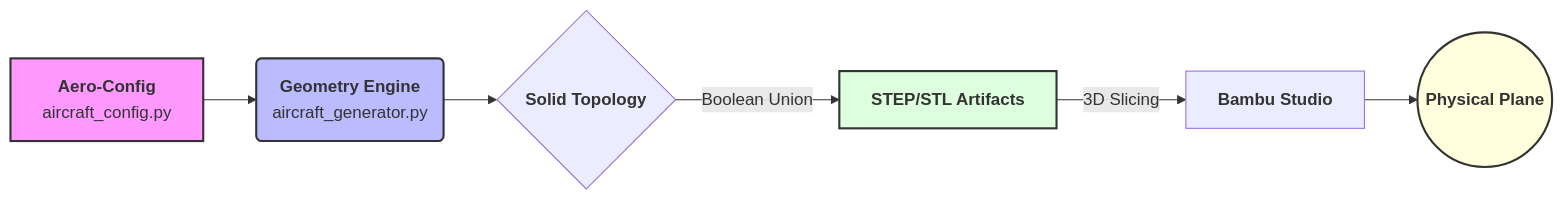
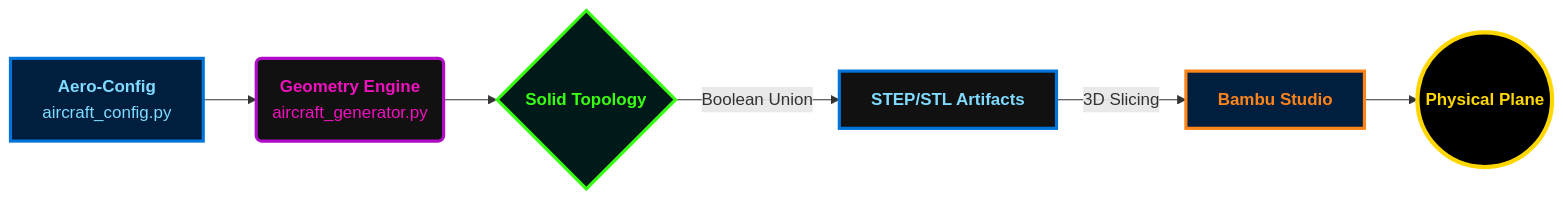
The diagram in README.md (George3215/3D_Print_Plane_Auto_Design), drawn with Mermaid before and after one commit.

Commit message:
style: revamp design pipeline with sci-fi / neon color scheme

````diff
--- a/README.md
+++ b/README.md
@@ -20,13 +20,15 @@
 ```mermaid
 graph LR
     A[<b>Aero-Config</b><br/>aircraft_config.py] --> B(<b>Geometry Engine</b><br/>aircraft_generator.py)
     B --> C{<b>Solid Topology</b>}
     C -->|Boolean Union| D[<b>STEP/STL Artifacts</b>]
     D -->|3D Slicing| E[<b>Bambu Studio</b>]
     E --> F((<b>Physical Plane</b>))
     
-    style A fill:#f9f,stroke:#333,stroke-width:2px
-    style B fill:#bbf,stroke:#333,stroke-width:2px
-    style D fill:#dfd,stroke:#333,stroke-width:2px
-    style F fill:#ffd,stroke:#333,stroke-width:2px
+    style A fill:#001f3f,stroke:#0074D9,stroke-width:3px,color:#7FDBFF
+    style B fill:#111,stroke:#B10DC9,stroke-width:3px,color:#F012BE
+    style C fill:#001a1a,stroke:#39FF14,stroke-width:3px,color:#39FF14
+    style D fill:#111,stroke:#0074D9,stroke-width:3px,color:#7FDBFF
+    style E fill:#001f3f,stroke:#FF851B,stroke-width:3px,color:#FF851B
+    style F fill:#000,stroke:#FFD700,stroke-width:4px,color:#FFD700
 ```
````
